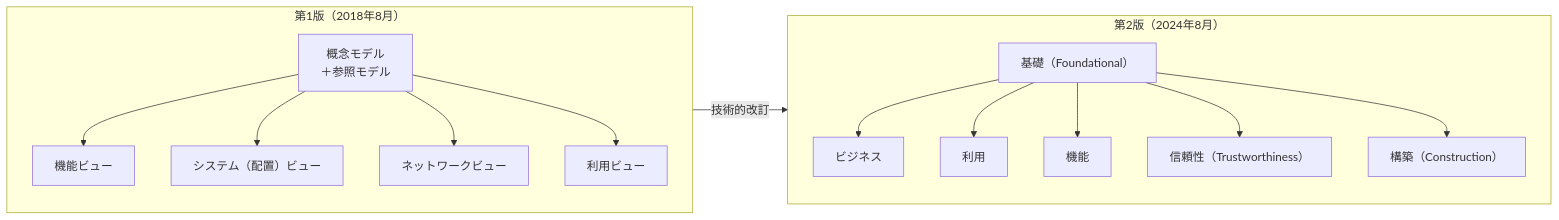
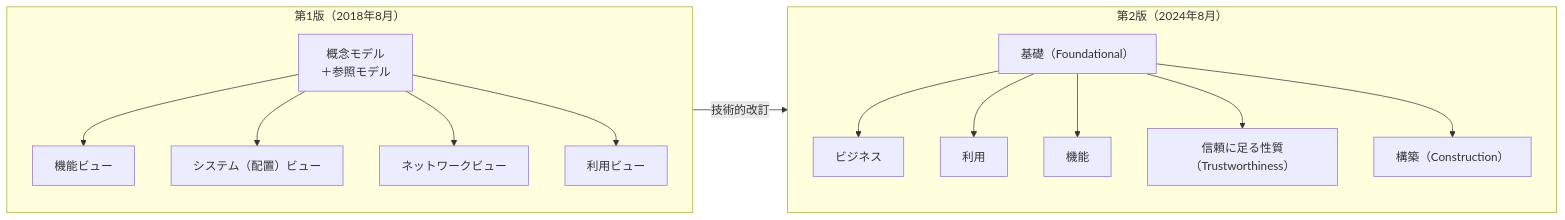
Before and after one commit to myoshi2891/Quality-Assurance-Studies: the fourth of 11 diagrams in Iso-iec-30141-2024-guide.md, drawn with Mermaid. The commit also changed other lines of this file, not shown here.

Commit message:
docs(iso-30141): translate Trustworthiness as 信頼に足る性質 and keep 信頼性 for Reliability

````diff
--- a/Iso-iec-30141-2024-guide.md
+++ b/Iso-iec-30141-2024-guide.md
@@ -155,30 +155,30 @@
 ```mermaid
 flowchart LR
   subgraph E1["第1版（2018年8月）"]
     direction TB
     C1["概念モデル<br/>＋参照モデル"]
     C2["機能ビュー"]
     C3["システム（配置）ビュー"]
     C4["ネットワークビュー"]
     C5["利用ビュー"]
     C1 --> C2
     C1 --> C3
     C1 --> C4
     C1 --> C5
   end
   subgraph E2["第2版（2024年8月）"]
     direction TB
     D1["基礎（Foundational）"]
     D2["ビジネス"]
     D3["利用"]
     D4["機能"]
-    D5["信頼性（Trustworthiness）"]
+    D5["信頼に足る性質（Trustworthiness）"]
     D6["構築（Construction）"]
     D1 --> D2
     D1 --> D3
     D1 --> D4
     D1 --> D5
     D1 --> D6
   end
   E1 -->|"技術的改訂"| E2
 ```
````
